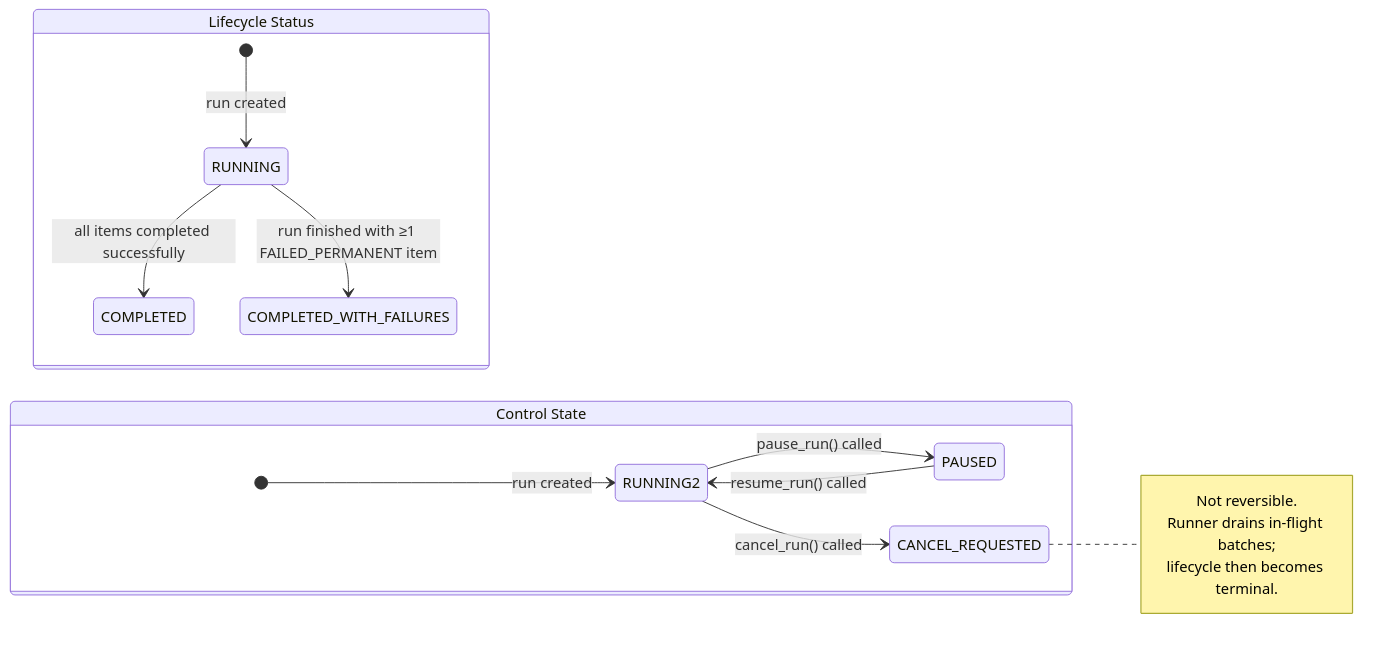
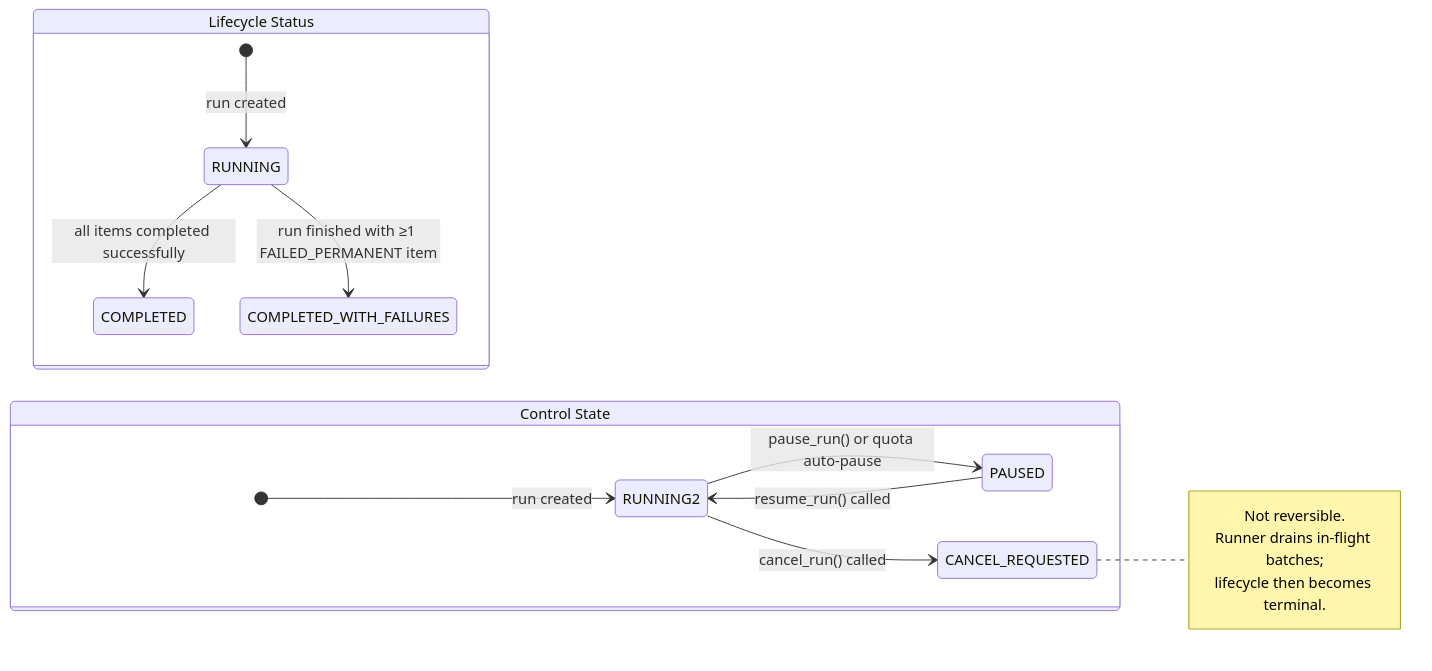
One commit to AnsonDev42/batchor changed the fourth of 4 diagrams in docs/design_docs/ARCHITECTURE.md. Above: the diagram before and after it, drawn with Mermaid. The commit also changed other lines of this file and 26 other files, not shown here.

First line of the commit message:
fix(runtime): handle quota pause edges (#10)

````diff
--- a/docs/design_docs/ARCHITECTURE.md
+++ b/docs/design_docs/ARCHITECTURE.md
@@ -234,23 +242,23 @@
 ```mermaid
 stateDiagram-v2
     direction LR
 
     state "Lifecycle Status" as ls {
         [*] --> RUNNING : run created
         RUNNING --> COMPLETED : all items completed successfully
         RUNNING --> COMPLETED_WITH_FAILURES : run finished with ≥1 FAILED_PERMANENT item
     }
 
     state "Control State" as cs {
         [*] --> RUNNING2 : run created
-        RUNNING2 --> PAUSED : pause_run() called
+        RUNNING2 --> PAUSED : pause_run() or quota auto-pause
         PAUSED --> RUNNING2 : resume_run() called
         RUNNING2 --> CANCEL_REQUESTED : cancel_run() called
 
         note right of CANCEL_REQUESTED
             Not reversible.
             Runner drains in-flight batches;
             lifecycle then becomes terminal.
         end note
     }
 ```
````
